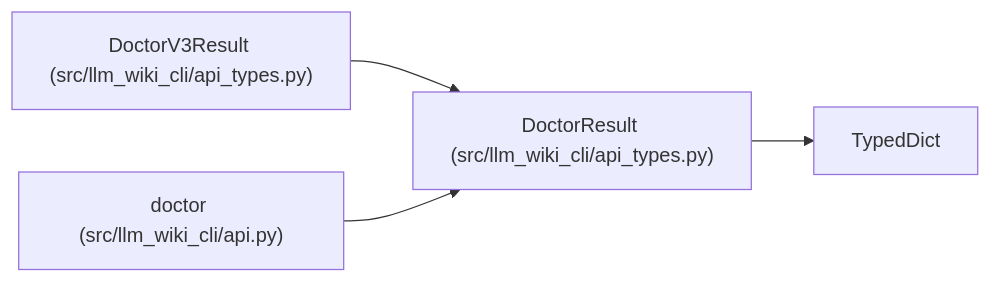
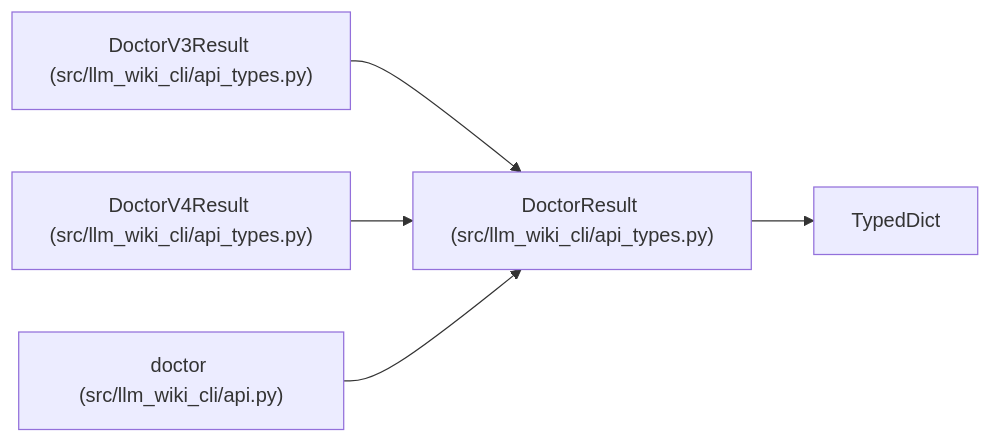
One commit to Denissvgn/python-wiki-llm changed the diagram in docs/llm_wiki/entities/DoctorResult.md. Above: the diagram before and after it, drawn with Mermaid. The commit also changed other lines of this file and 391 other files, not shown here.

````diff
--- a/docs/llm_wiki/entities/DoctorResult.md
+++ b/docs/llm_wiki/entities/DoctorResult.md
@@ -38,13 +38,16 @@
 ```mermaid
 flowchart LR
     n0["DoctorResult (src/llm_wiki_cli/api_types.py)"]
     n1["TypedDict"]
     n2["DoctorV3Result (src/llm_wiki_cli/api_types.py)"]
-    n3["doctor (src/llm_wiki_cli/api.py)"]
+    n3["DoctorV4Result (src/llm_wiki_cli/api_types.py)"]
+    n4["doctor (src/llm_wiki_cli/api.py)"]
     n0 --> n1
     n2 --> n0
     n3 --> n0
+    n4 --> n0
     click n0 "../modules/api_types.md"
     click n2 "../modules/api_types.md"
-    click n3 "../modules/api.md"
+    click n3 "../modules/api_types.md"
+    click n4 "../modules/api.md"
 ```
````
